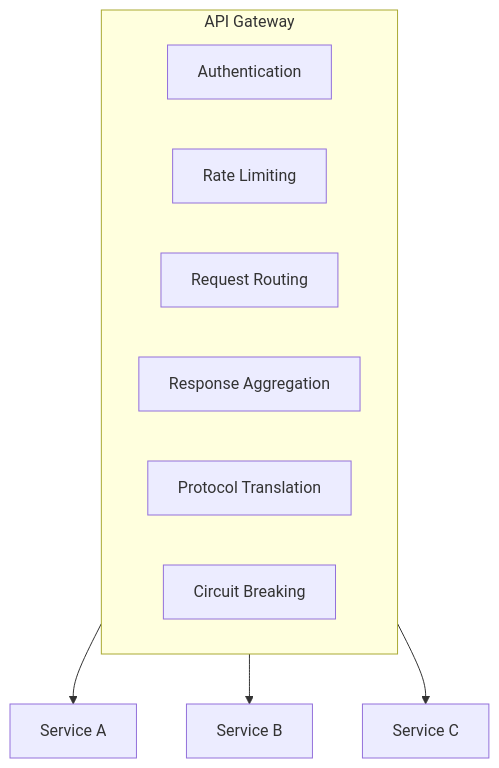
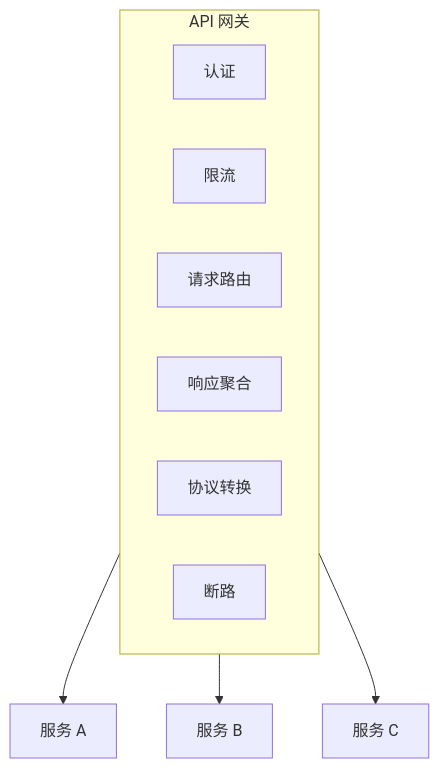
One commit to Kirky-X/diting changed the first of 3 diagrams in references/architecture/microservices-compliance.md. Above: the diagram before and after it, drawn with Mermaid. The commit also changed other lines of this file and 74 other files, not shown here.

````diff
--- a/references/architecture/microservices-compliance.md
+++ b/references/architecture/microservices-compliance.md
@@ -149,14 +149,14 @@
 ```mermaid
 flowchart TD
-    subgraph GW["API Gateway"]
-        A1["Authentication"]
-        A2["Rate Limiting"]
-        A3["Request Routing"]
-        A4["Response Aggregation"]
-        A5["Protocol Translation"]
-        A6["Circuit Breaking"]
+    subgraph GW["API 网关"]
+        A1["认证"]
+        A2["限流"]
+        A3["请求路由"]
+        A4["响应聚合"]
+        A5["协议转换"]
+        A6["断路"]
     end
-    GW --> SA["Service A"]
-    GW --> SB["Service B"]
-    GW --> SC["Service C"]
+    GW --> SA["服务 A"]
+    GW --> SB["服务 B"]
+    GW --> SC["服务 C"]
 ```
````
